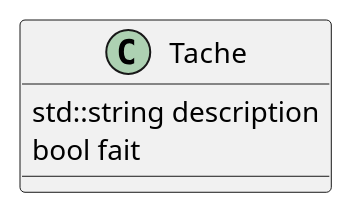
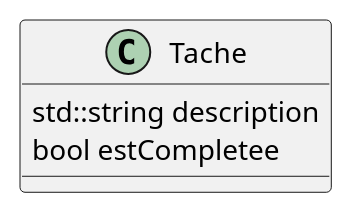
One commit to plbrault/420-SF2-RE changed the first of 6 diagrams in laboratoires/lab02-oop1/consignes/lab02.md. Above: the diagram before and after it, drawn with PlantUML. The commit also changed other lines of this file, not shown here.

Commit message:
Change les fait par estCompletee

````diff
--- a/laboratoires/lab02-oop1/consignes/lab02.md
+++ b/laboratoires/lab02-oop1/consignes/lab02.md
@@ -44,8 +44,8 @@
 ```plantuml
 @startuml
 class Tache {
     std::string description
-    bool fait
+    bool estCompletee
 }
 @enduml
 ```
````
